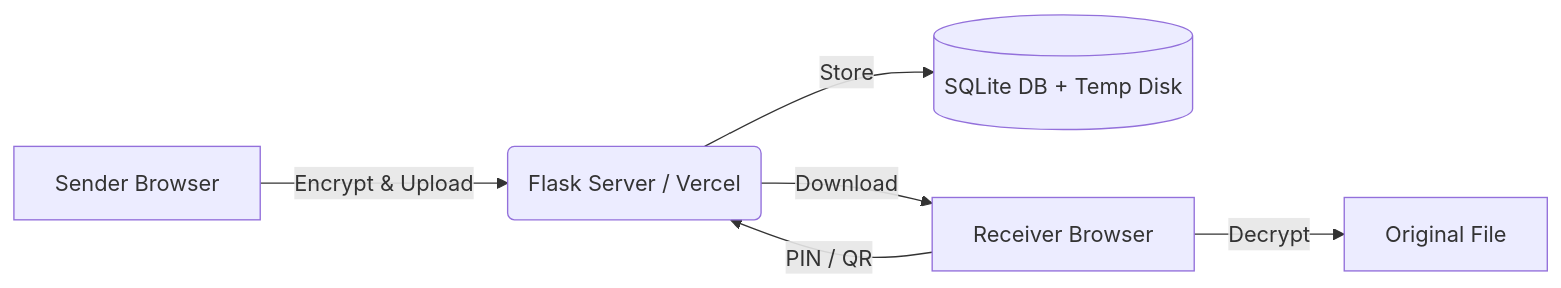
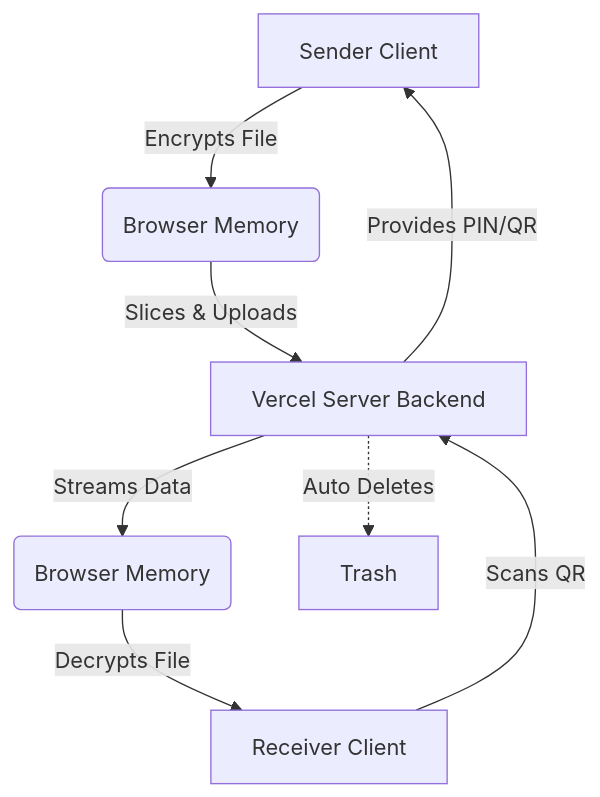
The diagram in TECHNICAL_EXPLANATION.md (Sujalkathait/filesender), drawn with Mermaid before and after one commit. The commit also changed other lines of this file and 1 other file, not shown here.

````diff
--- a/TECHNICAL_EXPLANATION.md
+++ b/TECHNICAL_EXPLANATION.md
@@ -77,8 +49,10 @@
 ```mermaid
-graph LR
-    A[Sender Browser] -->|Encrypt & Upload| B(Flask Server / Vercel)
-    B -->|Store| C[(SQLite DB + Temp Disk)]
-    D[Receiver Browser] -->|PIN / QR| B
-    B -->|Download| D
-    D -->|Decrypt| E[Original File]
+graph TD
+    A[Sender Client] -->|Encrypts File| B(Browser Memory)
+    B -->|Slices & Uploads| C[Vercel Server Backend]
+    C -->|Provides PIN/QR| A
+    D[Receiver Client] -->|Scans QR| C
+    C -->|Streams Data| E(Browser Memory)
+    E -->|Decrypts File| D
+    C -.->|Auto Deletes| F[Trash]
 ```
````
